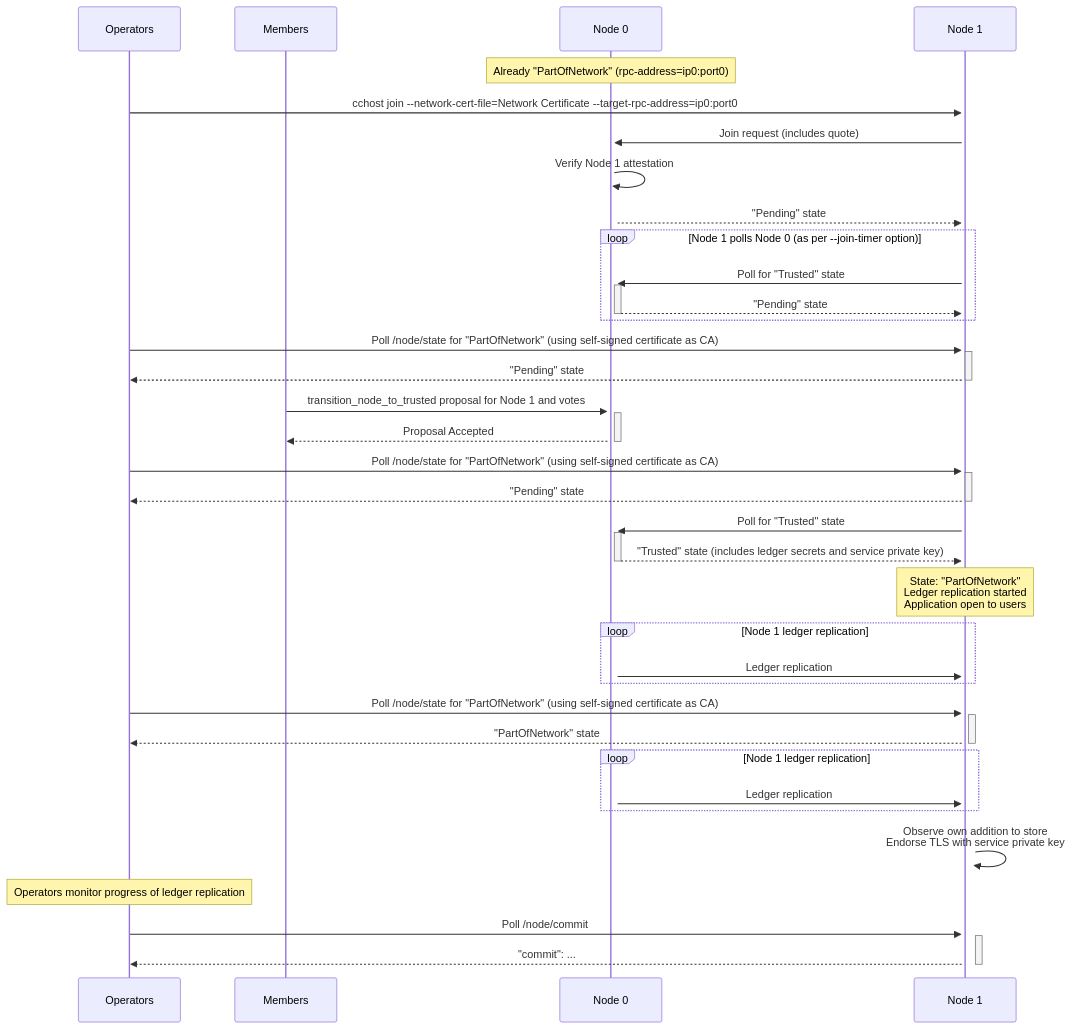
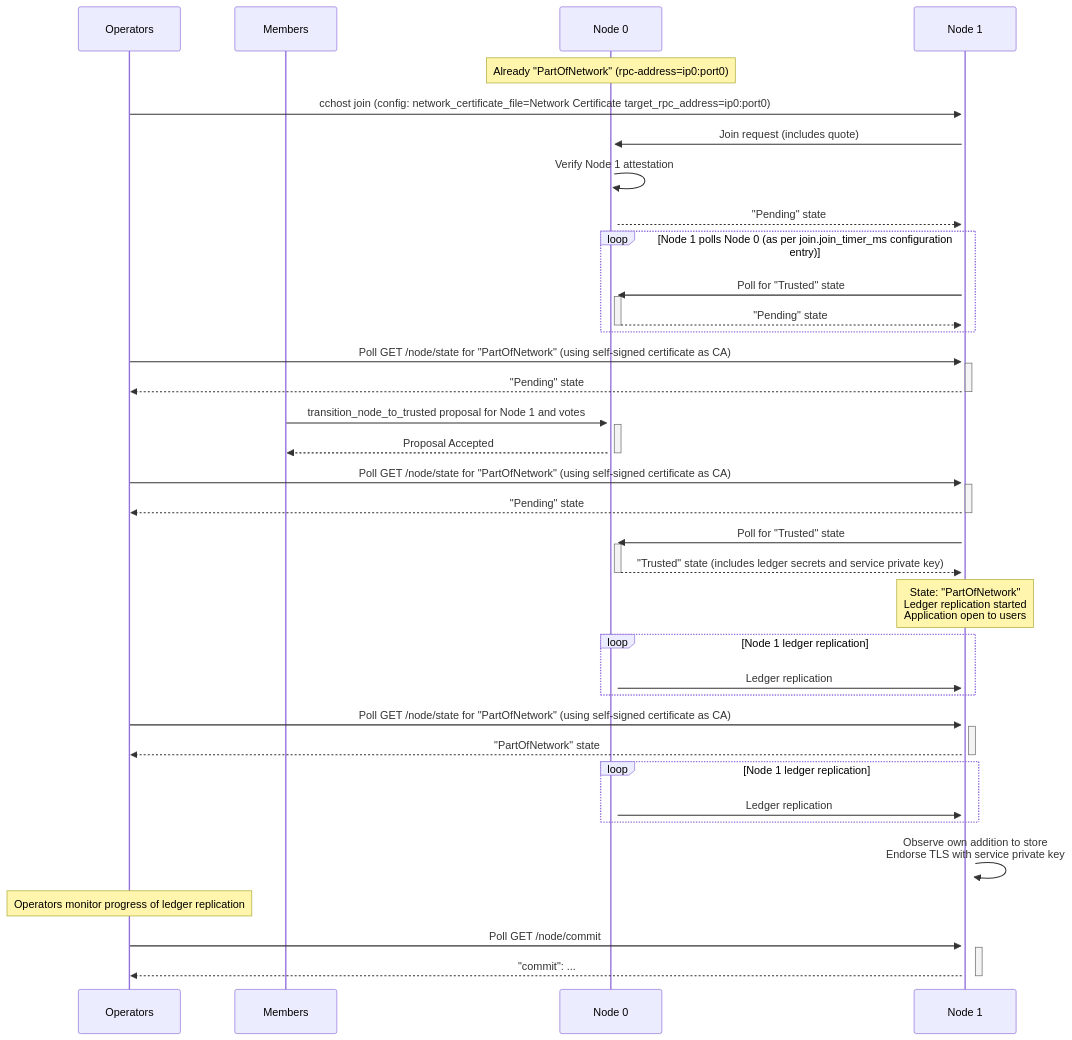
The third of 3 diagrams in doc/operations/start_network.rst (microsoft/CCF), drawn with Mermaid before and after one commit. The commit also changed other lines of this file and 7 other files, not shown here.

```diff
--- a/doc/operations/start_network.rst
+++ b/doc/operations/start_network.rst
@@ -102,51 +71,51 @@
 .. mermaid::
 
     sequenceDiagram
         participant Operators
         participant Members
         participant Node 0
         participant Node 1
 
         Note over Node 0: Already "PartOfNetwork" (rpc-address=ip0:port0)
 
-        Operators->>+Node 1: cchost join --network-cert-file=Network Certificate --target-rpc-address=ip0:port0
+        Operators->>+Node 1: cchost join (config: network_certificate_file=Network Certificate target_rpc_address=ip0:port0)
 
         Node 1->>+Node 0: Join request (includes quote)
         Node 0->>+Node 0: Verify Node 1 attestation
         Node 0-->>Node 1: "Pending" state
 
-        loop Node 1 polls Node 0 (as per --join-timer option)
+        loop Node 1 polls Node 0 (as per join.join_timer_ms configuration entry)
             Node 1->>+Node 0: Poll for "Trusted" state
             Node 0-->>-Node 1: "Pending" state
         end
 
-        Operators->>+Node 1: Poll /node/state for "PartOfNetwork" (using self-signed certificate as CA)
+        Operators->>+Node 1: Poll GET /node/state for "PartOfNetwork" (using self-signed certificate as CA)
         Node 1-->>-Operators: "Pending" state
 
         Members->>+Node 0: transition_node_to_trusted proposal for Node 1 and votes
         Node 0-->>-Members: Proposal Accepted
 
-        Operators->>+Node 1: Poll /node/state for "PartOfNetwork" (using self-signed certificate as CA)
+        Operators->>+Node 1: Poll GET /node/state for "PartOfNetwork" (using self-signed certificate as CA)
         Node 1-->>-Operators: "Pending" state
 
         Node 1->>+Node 0: Poll for "Trusted" state
         Node 0-->>-Node 1: "Trusted" state (includes ledger secrets and service private key)
 
         Note over Node 1: State: "PartOfNetwork" <br/> Ledger replication started <br/> Application open to users
 
         loop Node 1 ledger replication
             Node 0->>+Node 1: Ledger replication
         end
 
-        Operators->>+Node 1: Poll /node/state for "PartOfNetwork" (using self-signed certificate as CA)
+        Operators->>+Node 1: Poll GET /node/state for "PartOfNetwork" (using self-signed certificate as CA)
         Node 1-->>-Operators: "PartOfNetwork" state
 
         loop Node 1 ledger replication
             Node 0->>+Node 1: Ledger replication
         end
 
         Node 1->>+Node 1: Observe own addition to store <br> Endorse TLS with service private key
 
         Note over Operators: Operators monitor progress of ledger replication
-        Operators->>+Node 1: Poll /node/commit
+        Operators->>+Node 1: Poll GET /node/commit
         Node 1-->>-Operators: "commit": ...
```
